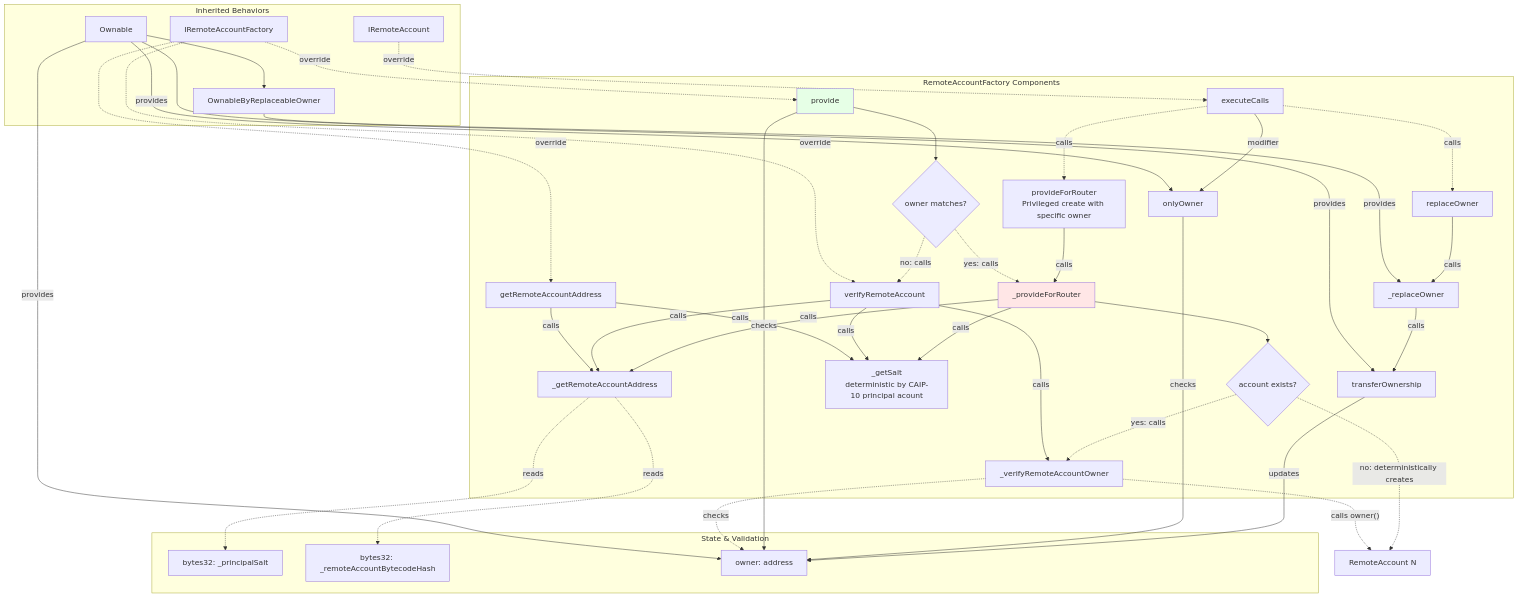
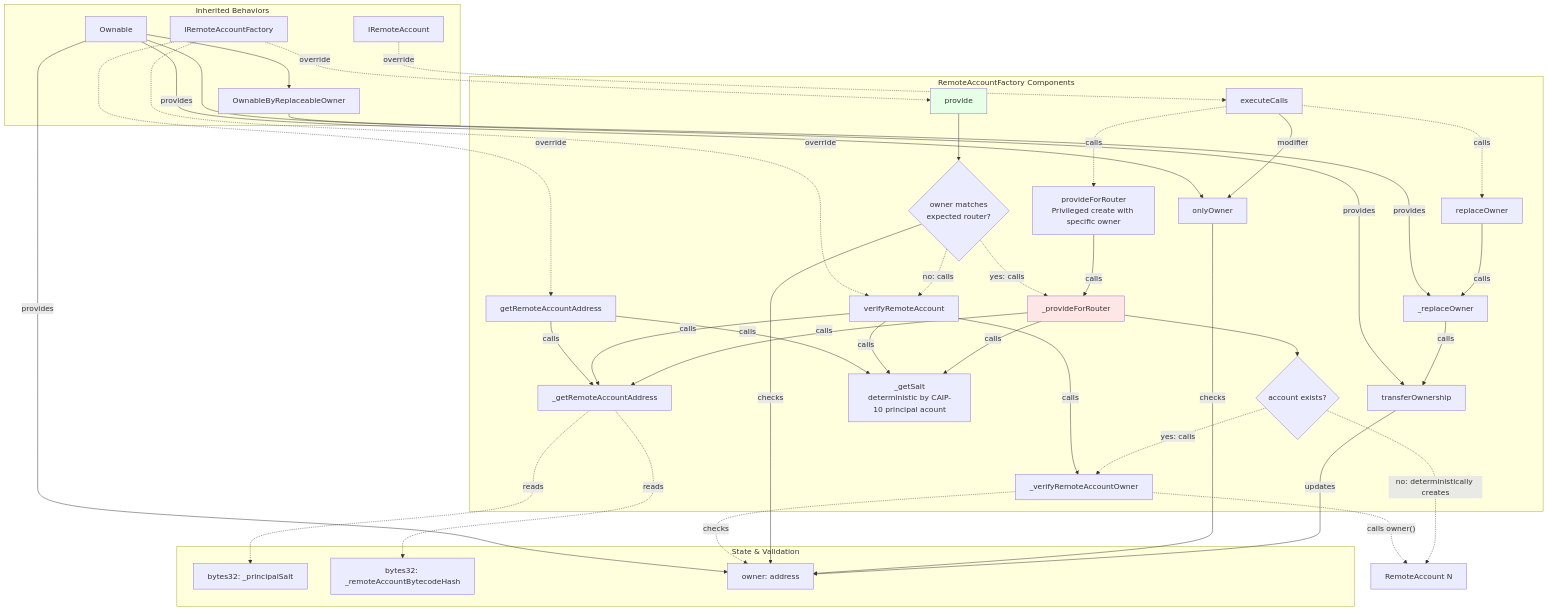
The fifth of 8 diagrams in packages/axelar-local-dev-cosmos/src/contracts/design.md (agoric-labs/agoric-to-axelar-local), drawn with Mermaid before and after one commit. The commit also changed other lines of this file, not shown here.

```diff
--- a/packages/axelar-local-dev-cosmos/src/contracts/design.md
+++ b/packages/axelar-local-dev-cosmos/src/contracts/design.md
@@ -226,7 +226,7 @@
         _verifyRemoteAccountOwner
 
         provide
-        SAME_OWNER{owner matches?}
+        SAME_OWNER{owner matches<br>expected router?}
         _provideForRouter
         ACCOUNT_EXISTS{account exists?}
         provideForRouter[provideForRouter<br>Privileged create with specific owner]
@@ -285,7 +285,7 @@
     _getRemoteAccountAddress -.->|reads| _principalSalt
     _getRemoteAccountAddress -.->|reads| _remoteAccountBytecodeHash
     _verifyRemoteAccountOwner -.->|checks| owner
-    provide -->|checks| owner
+    SAME_OWNER -->|checks| owner
     onlyOwner -->|checks| owner
     transferOwnership -->|updates| owner
     
```
